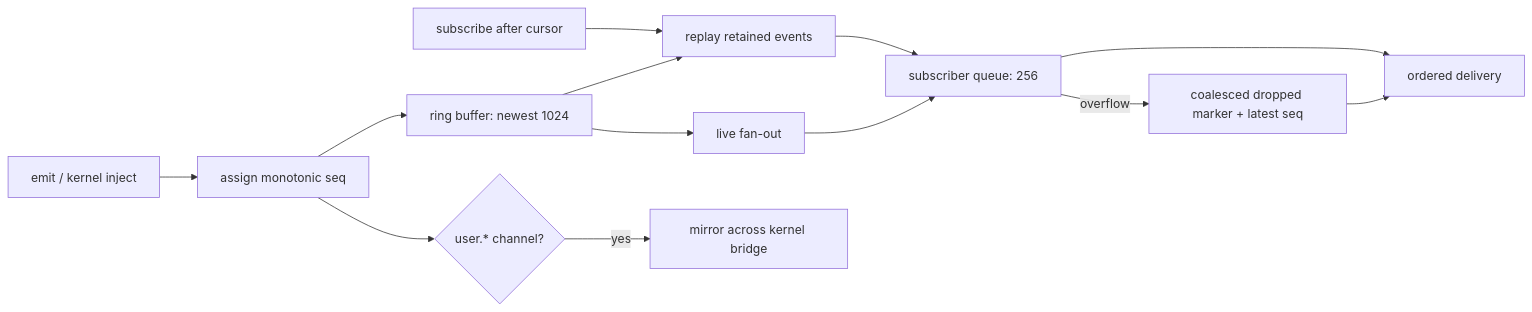
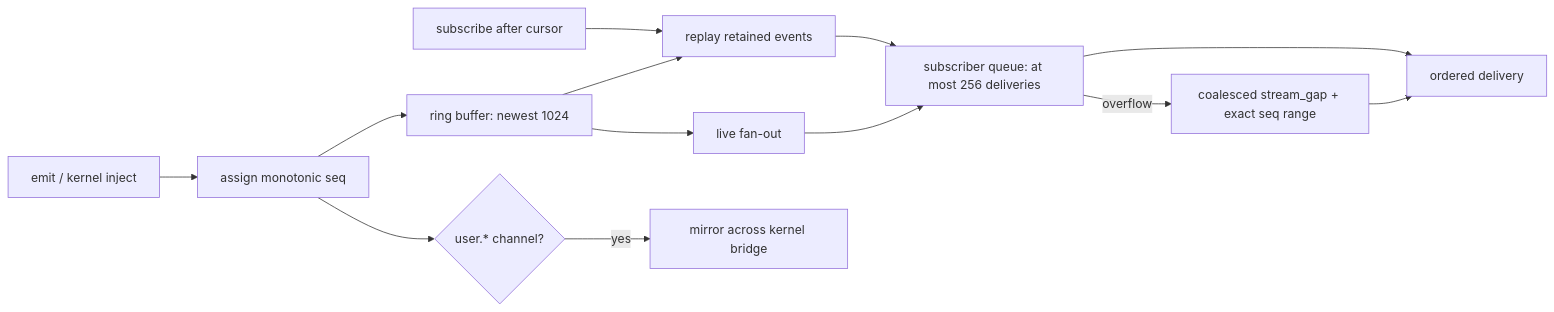
One commit to alliecatowo/shoal changed the fifth of 5 diagrams in site/content/internals/streams-channels.md. Above: the diagram before and after it, drawn with Mermaid. The commit also changed other lines of this file and 3 other files, not shown here.

````diff
--- a/site/content/internals/streams-channels.md
+++ b/site/content/internals/streams-channels.md
@@ -307,17 +362,17 @@
 ```mermaid
 flowchart LR
 accTitle: EventBus buffering, replay, and delivery
 accDescr: Published events receive sequence numbers, enter a bounded replay ring, and fan out through bounded subscriber queues that report drops and support cursor-based replay.
   Emit["emit / kernel inject"] --> Seq["assign monotonic seq"]
   Seq --> Ring["ring buffer: newest 1024"]
   Cursor["subscribe after cursor"] --> Replay["replay retained events"]
   Ring --> Replay
   Ring --> Fanout["live fan-out"]
-  Replay --> Queue["subscriber queue: 256"]
+  Replay --> Queue["subscriber queue: at most 256 deliveries"]
   Fanout --> Queue
   Queue --> Delivery["ordered delivery"]
-  Queue -->|overflow| Drop["coalesced dropped marker + latest seq"]
+  Queue -->|overflow| Drop["coalesced stream_gap + exact seq range"]
   Drop --> Delivery
   Seq --> User{"user.* channel?"}
   User -->|yes| Kernel["mirror across kernel bridge"]
 ```
````
